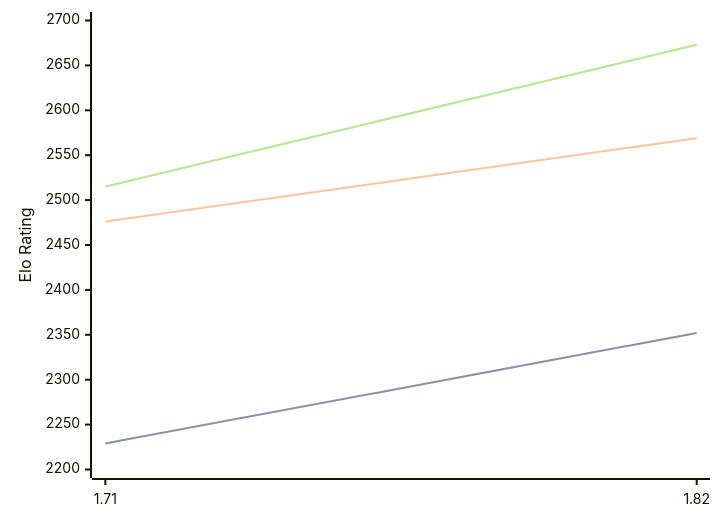
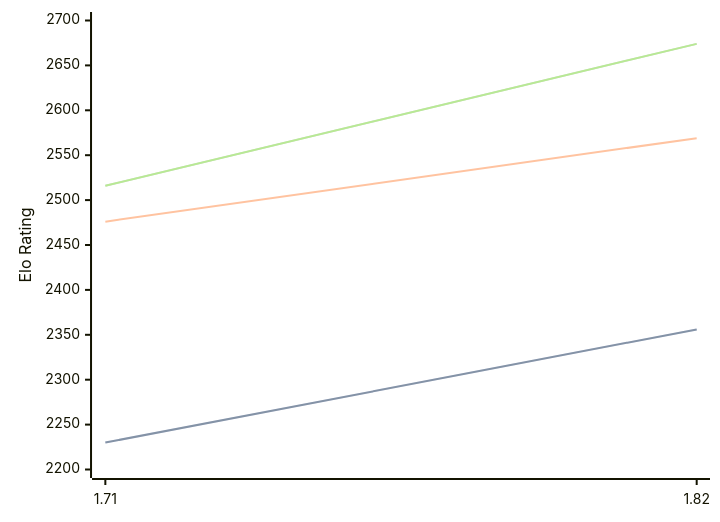
Before and after one commit to computer-chess-index/cci: the diagram in engines/Amira.md, drawn with Mermaid. The commit also changed other lines of this file, not shown here.

Commit message:
Update CCI Ratings (ELO VLTC) - 2026-03-14

````diff
--- a/engines/Amira.md
+++ b/engines/Amira.md
@@ -33,11 +33,11 @@
 ```mermaid
 %%{init: {"theme":"base","themeVariables":{"seriesColors:['#a3a3a3','#222221','#faa371']}}}%%
 xychart-beta
   x-axis ["1.71", "1.82"]
   y-axis "Elo Rating" 2200 --> 2700
-  line "STC (8.0+0.08s)" [2229, 2352]
-  line "STC (8.0+0.08s)" [2229, 2352]
+  line "STC (8.0+0.08s)" [2230, 2356]
+  line "STC (8.0+0.08s)" [2230, 2356]
   line "LTC (60.0+0.60s)" [2476, 2569]
-  line "VLTC (2m24s+1.12s)" [2515, 2673]
-  line "VLTC (2m24s+1.12s)" [2515, 2673]
+  line "VLTC (2m24s+1.12s)" [2516, 2674]
+  line "VLTC (2m24s+1.12s)" [2516, 2674]
 ```
````
